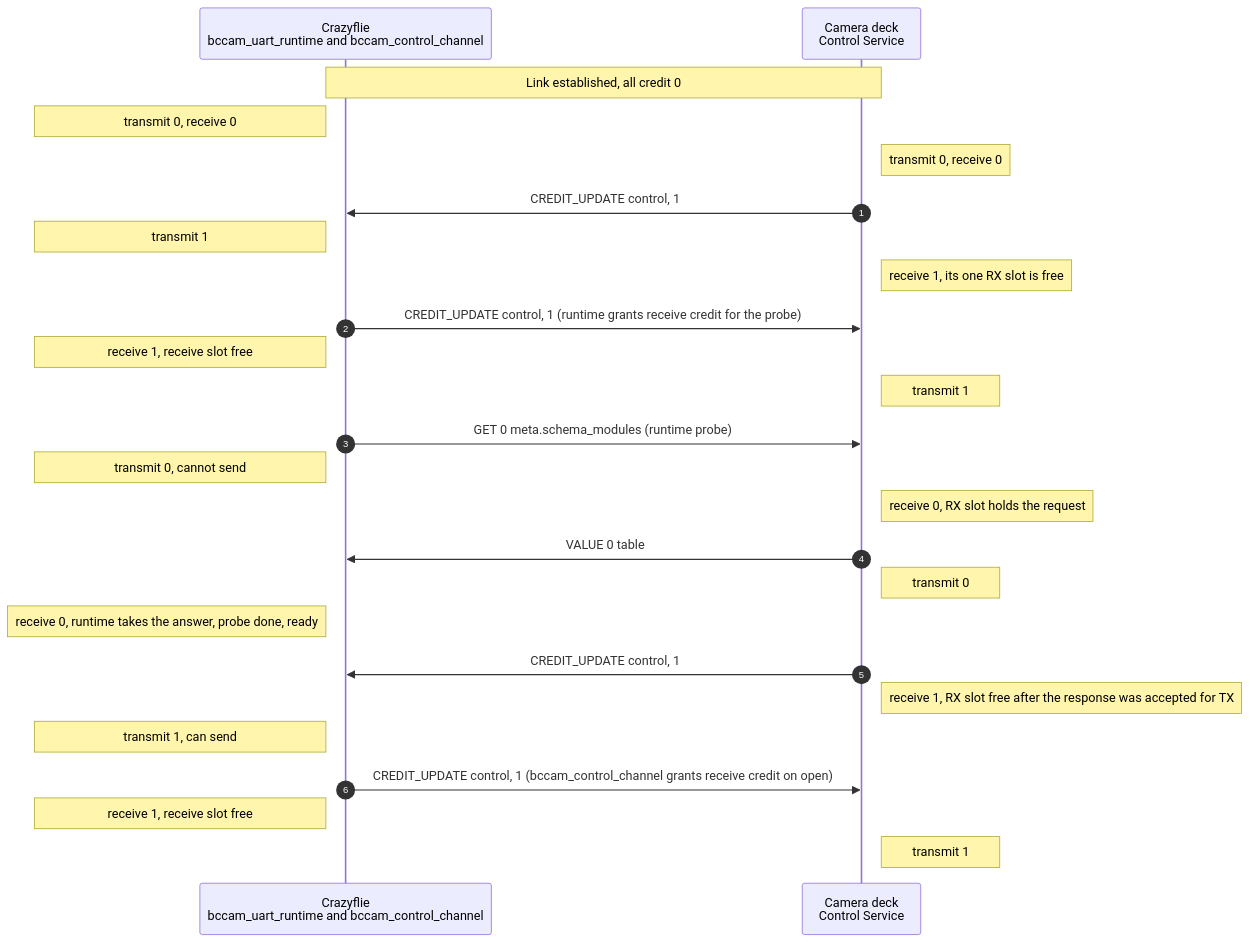
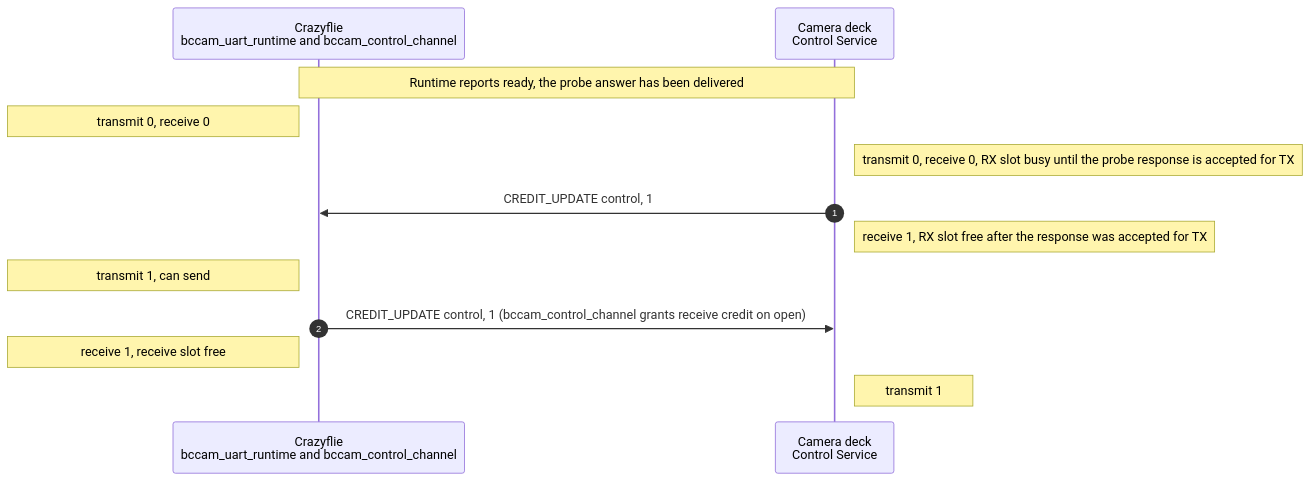
Diagram 11 of 11 in docs/functional-areas/camera-deck-control.md (bitcraze/crazyflie-firmware), drawn with Mermaid before and after one commit. The commit also changed other lines of this file, not shown here.

Commit message:
doc: Removed how probing works from control service

````diff
--- a/docs/functional-areas/camera-deck-control.md
+++ b/docs/functional-areas/camera-deck-control.md
@@ -949,34 +950,18 @@
 ```mermaid
 sequenceDiagram
     autonumber
     participant C as Crazyflie<br/>bccam_uart_runtime and bccam_control_channel
     participant D as Camera deck<br/>Control Service
 
-    Note over C,D: Link established, all credit 0
+    Note over C,D: Runtime reports ready, the probe answer has been delivered
     Note left of C: transmit 0, receive 0
-    Note right of D: transmit 0, receive 0
-
-    D->>C: CREDIT_UPDATE control, 1
-    Note left of C: transmit 1
-    Note right of D: receive 1, its one RX slot is free
-
-    C->>D: CREDIT_UPDATE control, 1 (runtime grants receive credit for the probe)
-    Note left of C: receive 1, receive slot free
-    Note right of D: transmit 1
-
-    C->>D: GET 0 meta.schema_modules (runtime probe)
-    Note left of C: transmit 0, cannot send
-    Note right of D: receive 0, RX slot holds the request
-
-    D->>C: VALUE 0 table
-    Note right of D: transmit 0
-    Note left of C: receive 0, runtime takes the answer, probe done, ready
+    Note right of D: transmit 0, receive 0, RX slot busy until the probe response is accepted for TX
 
     D->>C: CREDIT_UPDATE control, 1
     Note right of D: receive 1, RX slot free after the response was accepted for TX
     Note left of C: transmit 1, can send
 
     C->>D: CREDIT_UPDATE control, 1 (bccam_control_channel grants receive credit on open)
     Note left of C: receive 1, receive slot free
     Note right of D: transmit 1
 ```
````
